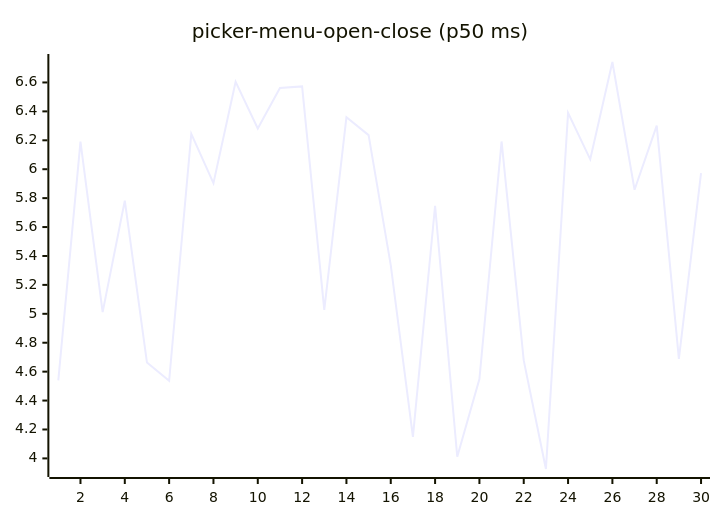
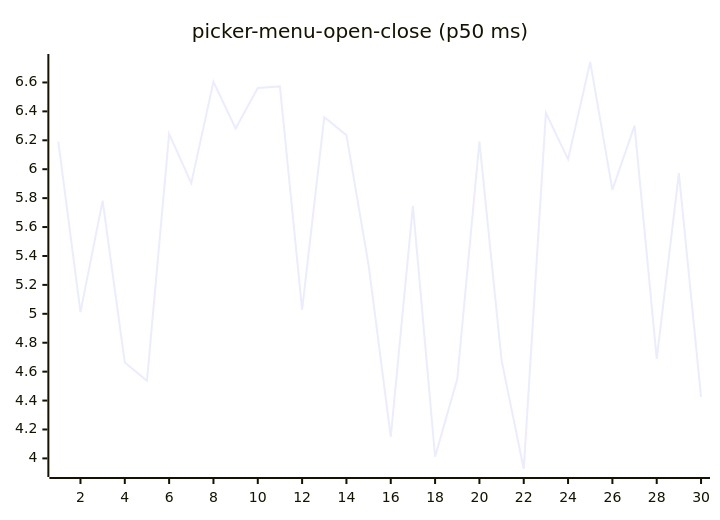
One commit to josha/Facet changed diagram 16 of 27 in README.md. Above: the diagram before and after it, drawn with Mermaid. The commit also changed other lines of this file and 2 other files, not shown here.

````diff
--- a/README.md
+++ b/README.md
@@ -168,6 +168,6 @@
 ```mermaid
 xychart-beta
     title "picker-menu-open-close (p50 ms)"
     x-axis 1 --> 30
-    line [4.5402, 6.1912, 5.0120, 5.7822, 4.6627, 4.5372, 6.2442, 5.9038, 6.6044, 6.2815, 6.5623, 6.5728, 5.0278, 6.3599, 6.2355, 5.3362, 4.1492, 5.7473, 4.0112, 4.5489, 6.1919, 4.6774, 3.9267, 6.3897, 6.0683, 6.7415, 5.8582, 6.3016, 4.6878, 5.9725]
+    line [6.1912, 5.0120, 5.7822, 4.6627, 4.5372, 6.2442, 5.9038, 6.6044, 6.2815, 6.5623, 6.5728, 5.0278, 6.3599, 6.2355, 5.3362, 4.1492, 5.7473, 4.0112, 4.5489, 6.1919, 4.6774, 3.9267, 6.3897, 6.0683, 6.7415, 5.8582, 6.3016, 4.6878, 5.9725, 4.4246]
 ```
````
